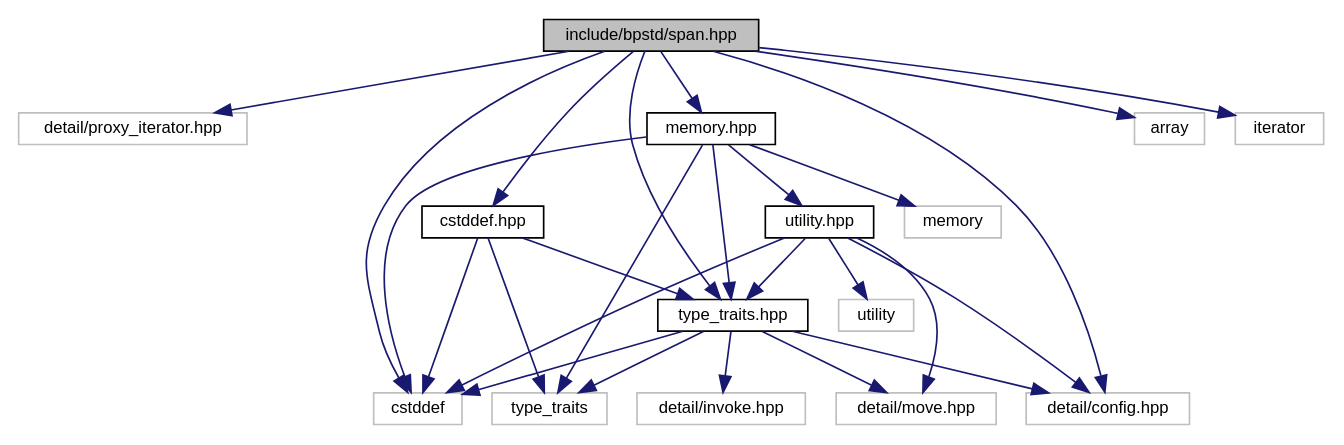
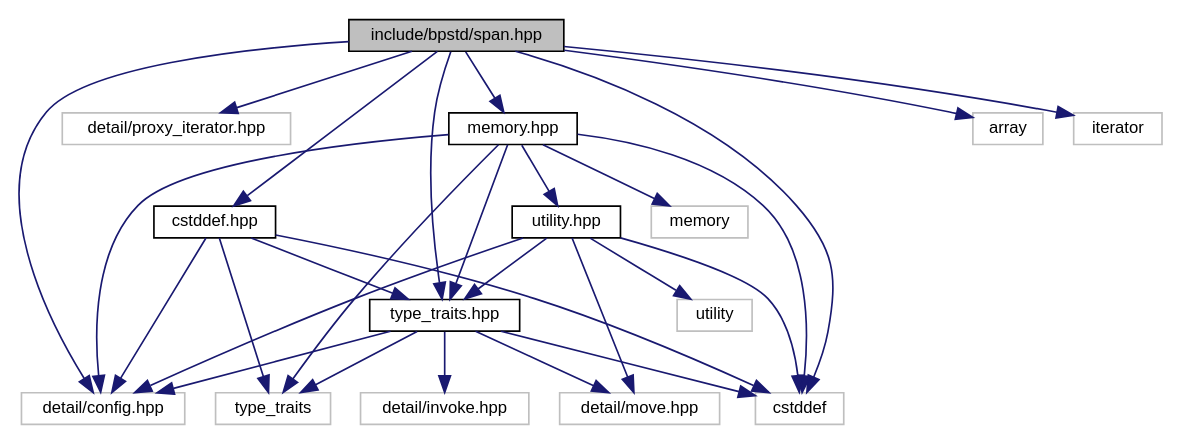
One commit to bitwizeshift/BackportCpp changed the diagram in api/latest/d8/d64/span_8hpp__incl.dot. Above: the diagram before and after it, drawn with Graphviz. The commit also changed 183 other files, not shown here.

```diff
--- a/api/latest/d8/d64/span_8hpp__incl.dot
+++ b/api/latest/d8/d64/span_8hpp__incl.dot
@@ -1,46 +1,48 @@
 digraph "include/bpstd/span.hpp"
 {
   edge [fontname="Helvetica",fontsize="10",labelfontname="Helvetica",labelfontsize="10"];
   node [fontname="Helvetica",fontsize="10",shape=record];
   Node0 [label="include/bpstd/span.hpp",height=0.2,width=0.4,color="black", fillcolor="grey75", style="filled", fontcolor="black"];
   Node0 -> Node1 [color="midnightblue",fontsize="10",style="solid",fontname="Helvetica"];
-  Node1 [label="detail/proxy_iterator.hpp",height=0.2,width=0.4,color="grey75", fillcolor="white", style="filled"];
+  Node1 [label="detail/config.hpp",height=0.2,width=0.4,color="grey75", fillcolor="white", style="filled"];
   Node0 -> Node2 [color="midnightblue",fontsize="10",style="solid",fontname="Helvetica"];
-  Node2 [label="detail/config.hpp",height=0.2,width=0.4,color="grey75", fillcolor="white", style="filled"];
+  Node2 [label="detail/proxy_iterator.hpp",height=0.2,width=0.4,color="grey75", fillcolor="white", style="filled"];
   Node0 -> Node3 [color="midnightblue",fontsize="10",style="solid",fontname="Helvetica"];
   Node3 [label="cstddef.hpp",height=0.2,width=0.4,color="black", fillcolor="white", style="filled",URL="$d0/dc7/cstddef_8hpp.html",tooltip="This header provides definitions from the C++ header <cstddef> "];
+  Node3 -> Node1 [color="midnightblue",fontsize="10",style="solid",fontname="Helvetica"];
   Node3 -> Node4 [color="midnightblue",fontsize="10",style="solid",fontname="Helvetica"];
   Node4 [label="type_traits.hpp",height=0.2,width=0.4,color="black", fillcolor="white", style="filled",URL="$dc/d54/type__traits_8hpp.html",tooltip="This header provides definitions from the C++ header <type_traits> "];
-  Node4 -> Node2 [color="midnightblue",fontsize="10",style="solid",fontname="Helvetica"];
+  Node4 -> Node1 [color="midnightblue",fontsize="10",style="solid",fontname="Helvetica"];
   Node4 -> Node5 [color="midnightblue",fontsize="10",style="solid",fontname="Helvetica"];
   Node5 [label="detail/move.hpp",height=0.2,width=0.4,color="grey75", fillcolor="white", style="filled"];
   Node4 -> Node6 [color="midnightblue",fontsize="10",style="solid",fontname="Helvetica"];
   Node6 [label="detail/invoke.hpp",height=0.2,width=0.4,color="grey75", fillcolor="white", style="filled"];
   Node4 -> Node7 [color="midnightblue",fontsize="10",style="solid",fontname="Helvetica"];
   Node7 [label="type_traits",height=0.2,width=0.4,color="grey75", fillcolor="white", style="filled"];
   Node4 -> Node8 [color="midnightblue",fontsize="10",style="solid",fontname="Helvetica"];
   Node8 [label="cstddef",height=0.2,width=0.4,color="grey75", fillcolor="white", style="filled"];
   Node3 -> Node7 [color="midnightblue",fontsize="10",style="solid",fontname="Helvetica"];
   Node3 -> Node8 [color="midnightblue",fontsize="10",style="solid",fontname="Helvetica"];
   Node0 -> Node9 [color="midnightblue",fontsize="10",style="solid",fontname="Helvetica"];
   Node9 [label="memory.hpp",height=0.2,width=0.4,color="black", fillcolor="white", style="filled",URL="$da/d3e/memory_8hpp.html",tooltip="This header provides definitions from the C++ header <memory> "];
+  Node9 -> Node1 [color="midnightblue",fontsize="10",style="solid",fontname="Helvetica"];
   Node9 -> Node4 [color="midnightblue",fontsize="10",style="solid",fontname="Helvetica"];
   Node9 -> Node10 [color="midnightblue",fontsize="10",style="solid",fontname="Helvetica"];
   Node10 [label="utility.hpp",height=0.2,width=0.4,color="black", fillcolor="white", style="filled",URL="$d1/d4e/utility_8hpp.html",tooltip="This header provides definitions from the C++ header <utility> "];
-  Node10 -> Node2 [color="midnightblue",fontsize="10",style="solid",fontname="Helvetica"];
+  Node10 -> Node1 [color="midnightblue",fontsize="10",style="solid",fontname="Helvetica"];
   Node10 -> Node5 [color="midnightblue",fontsize="10",style="solid",fontname="Helvetica"];
   Node10 -> Node4 [color="midnightblue",fontsize="10",style="solid",fontname="Helvetica"];
   Node10 -> Node11 [color="midnightblue",fontsize="10",style="solid",fontname="Helvetica"];
   Node11 [label="utility",height=0.2,width=0.4,color="grey75", fillcolor="white", style="filled"];
   Node10 -> Node8 [color="midnightblue",fontsize="10",style="solid",fontname="Helvetica"];
   Node9 -> Node12 [color="midnightblue",fontsize="10",style="solid",fontname="Helvetica"];
   Node12 [label="memory",height=0.2,width=0.4,color="grey75", fillcolor="white", style="filled"];
   Node9 -> Node8 [color="midnightblue",fontsize="10",style="solid",fontname="Helvetica"];
   Node9 -> Node7 [color="midnightblue",fontsize="10",style="solid",fontname="Helvetica"];
   Node0 -> Node4 [color="midnightblue",fontsize="10",style="solid",fontname="Helvetica"];
   Node0 -> Node8 [color="midnightblue",fontsize="10",style="solid",fontname="Helvetica"];
   Node0 -> Node13 [color="midnightblue",fontsize="10",style="solid",fontname="Helvetica"];
   Node13 [label="array",height=0.2,width=0.4,color="grey75", fillcolor="white", style="filled"];
   Node0 -> Node14 [color="midnightblue",fontsize="10",style="solid",fontname="Helvetica"];
   Node14 [label="iterator",height=0.2,width=0.4,color="grey75", fillcolor="white", style="filled"];
 }
```
